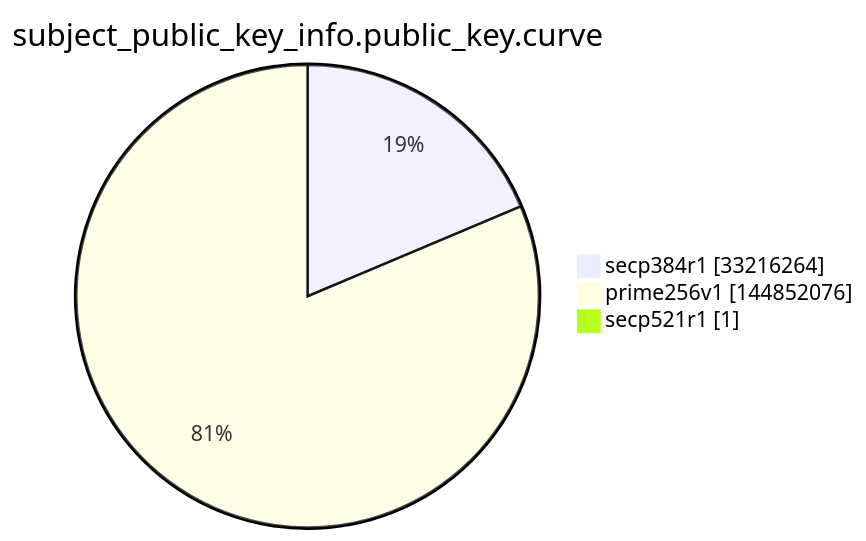
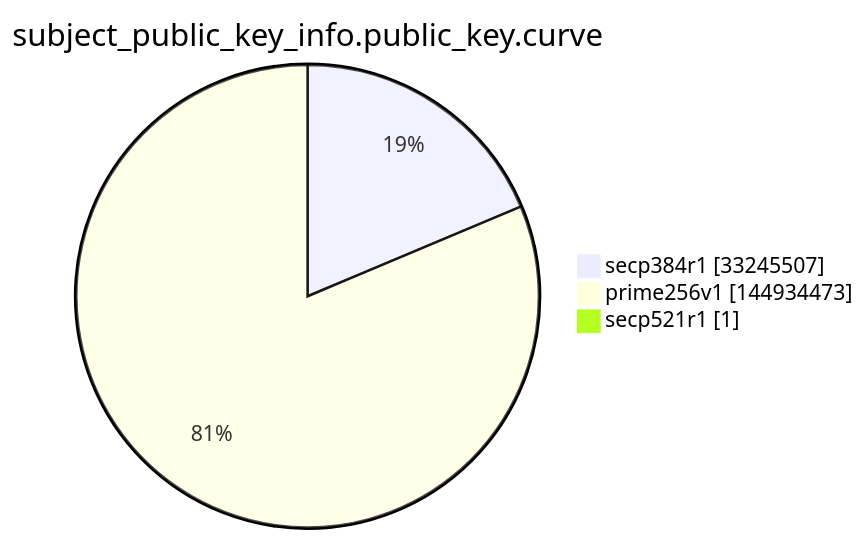
One commit to christiankrug/ctmonitor_visualization changed the ninth of 15 diagrams in argon2022/README.md. Above: the diagram before and after it, drawn with Mermaid. The commit also changed other lines of this file, not shown here.

````diff
--- a/argon2022/README.md
+++ b/argon2022/README.md
@@ -2764,7 +2764,7 @@
 ```mermaid
 pie showData
 title subject_public_key_info.public_key.curve
-"secp384r1" :33216264
-"prime256v1" :144852076
+"secp384r1" :33245507
+"prime256v1" :144934473
 "secp521r1" :1
 ```
````
